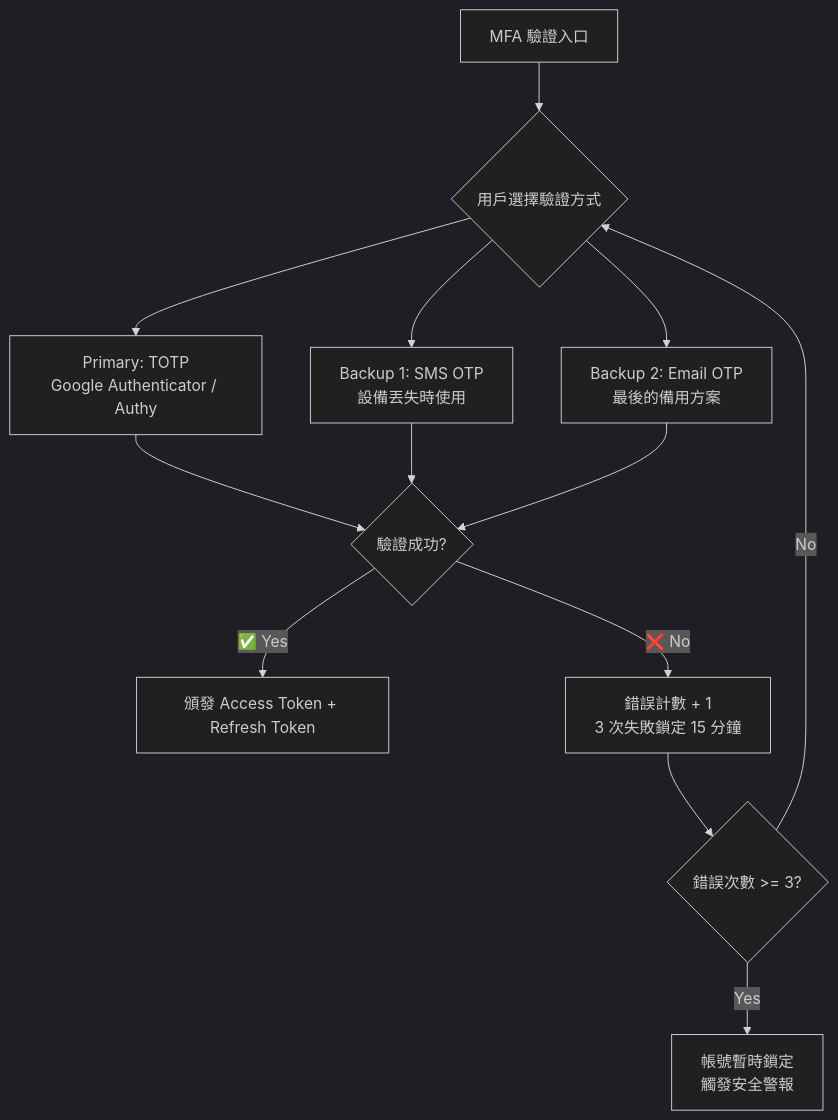
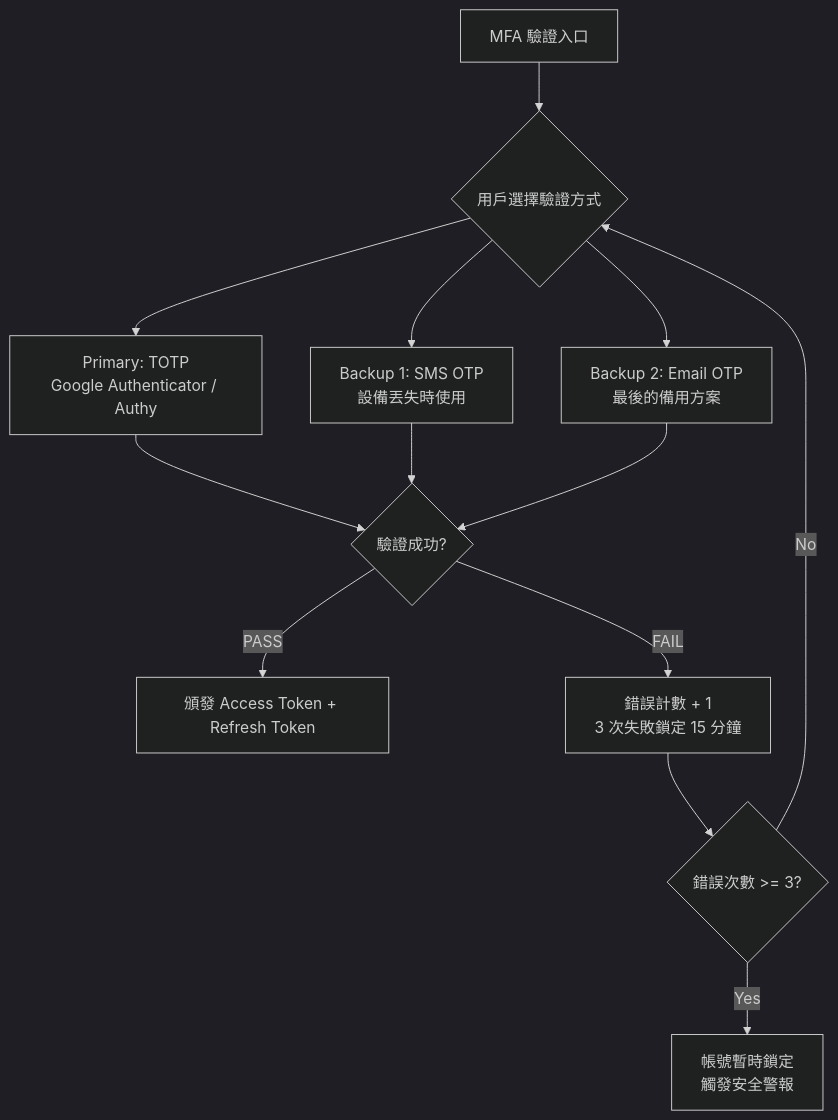
The second of 9 diagrams in docs/iGaming/05_Platform_Governance/05-06_MFA_Implementation.md (ron03wlb/smart-admin), drawn with Mermaid (dark theme) before and after one commit. The commit also changed other lines of this file and 12 other files, not shown here.

Commit message:
docs(iGaming): update risk control, architecture docs and add validation scripts

````diff
--- a/docs/iGaming/05_Platform_Governance/05-06_MFA_Implementation.md
+++ b/docs/iGaming/05_Platform_Governance/05-06_MFA_Implementation.md
@@ -319,18 +319,18 @@
 ```mermaid
 graph TD
     A[MFA 驗證入口] --> B{用戶選擇驗證方式}
     B --> C[Primary: TOTP<br/>Google Authenticator / Authy]
     B --> D[Backup 1: SMS OTP<br/>設備丟失時使用]
     B --> E[Backup 2: Email OTP<br/>最後的備用方案]
 
     C --> F{驗證成功?}
     D --> F
     E --> F
 
-    F -->|✅ Yes| G[頒發 Access Token + Refresh Token]
-    F -->|❌ No| H[錯誤計數 + 1<br/>3 次失敗鎖定 15 分鐘]
+    F -->|PASS| G[頒發 Access Token + Refresh Token]
+    F -->|FAIL| H[錯誤計數 + 1<br/>3 次失敗鎖定 15 分鐘]
 
     H --> I{錯誤次數 >= 3?}
     I -->|Yes| J[帳號暫時鎖定<br/>觸發安全警報]
     I -->|No| B
 ```
````
